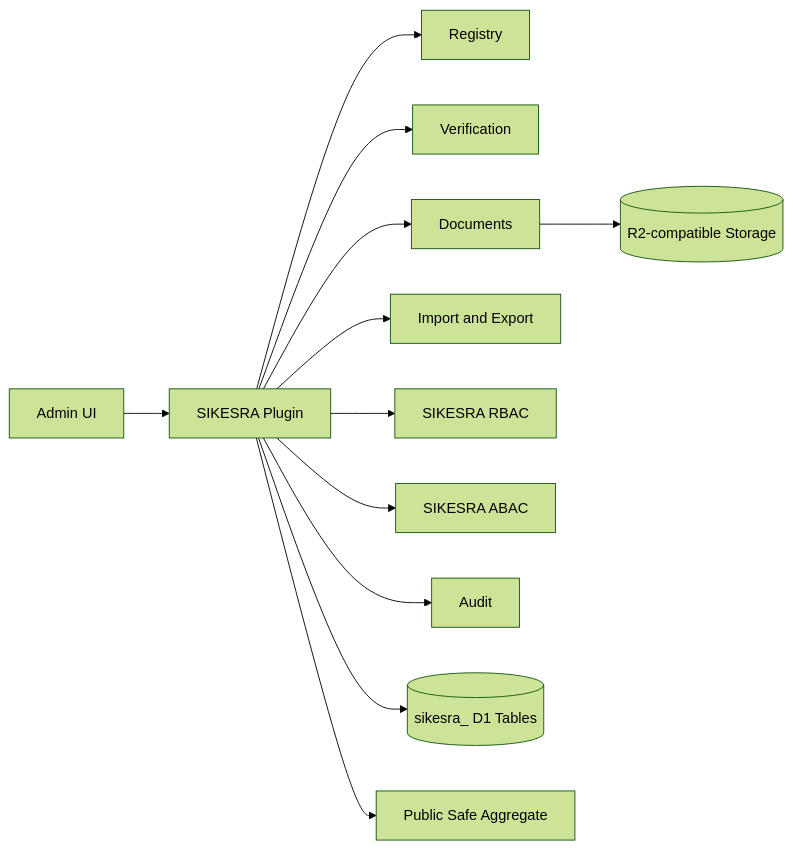
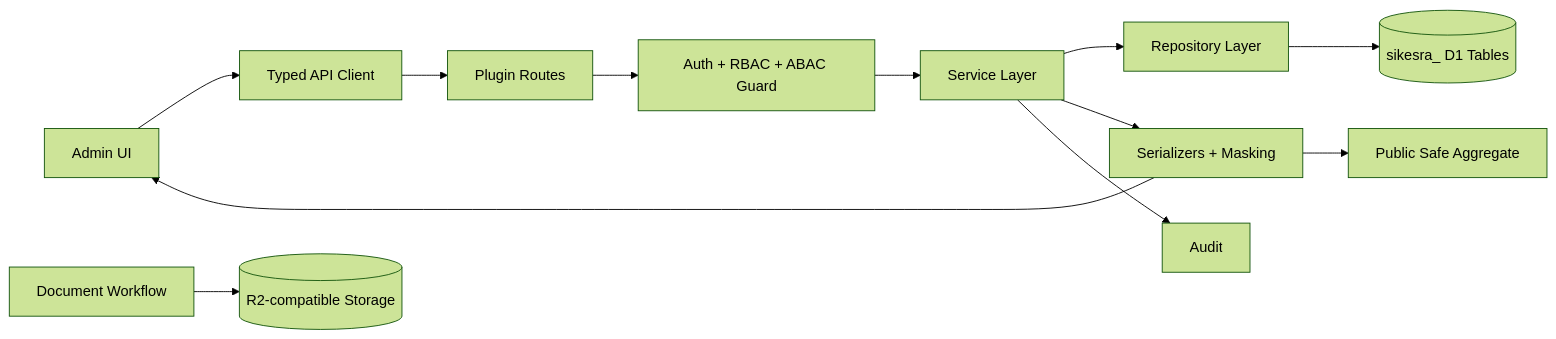
The first of 2 diagrams in awcmsmicro-dev/packages/plugins/awcms-micro-sikesra/docs/TECHNICAL_PRD.md (ahliweb/awcms-micro), drawn with Mermaid (forest theme) before and after one commit. The commit also changed other lines of this file, not shown here.

Commit message:
docs: update SIKESRA technical PRD with latest issue system

````diff
--- a/awcmsmicro-dev/packages/plugins/awcms-micro-sikesra/docs/TECHNICAL_PRD.md
+++ b/awcmsmicro-dev/packages/plugins/awcms-micro-sikesra/docs/TECHNICAL_PRD.md
@@ -23,14 +23,14 @@
 ```mermaid
 flowchart LR
-  Admin[Admin UI] --> Plugin[SIKESRA Plugin]
-  Plugin --> Registry[Registry]
-  Plugin --> Verification[Verification]
-  Plugin --> Documents[Documents]
-  Plugin --> ImportExport[Import and Export]
-  Plugin --> RBAC[SIKESRA RBAC]
-  Plugin --> ABAC[SIKESRA ABAC]
-  Plugin --> Audit[Audit]
-  Plugin --> D1[(sikesra_ D1 Tables)]
-  Plugin --> Public[Public Safe Aggregate]
-  Documents --> R2[(R2-compatible Storage)]
+  Admin[Admin UI] --> ApiClient[Typed API Client]
+  ApiClient --> Routes[Plugin Routes]
+  Routes --> Guard[Auth + RBAC + ABAC Guard]
+  Guard --> Services[Service Layer]
+  Services --> Repositories[Repository Layer]
+  Repositories --> D1[(sikesra_ D1 Tables)]
+  Services --> Serializers[Serializers + Masking]
+  Serializers --> Admin
+  Services --> Audit[Audit]
+  Documents[Document Workflow] --> R2[(R2-compatible Storage)]
+  Serializers --> Public[Public Safe Aggregate]
 ```
````
